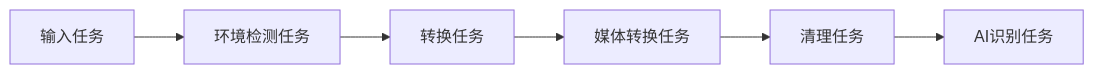
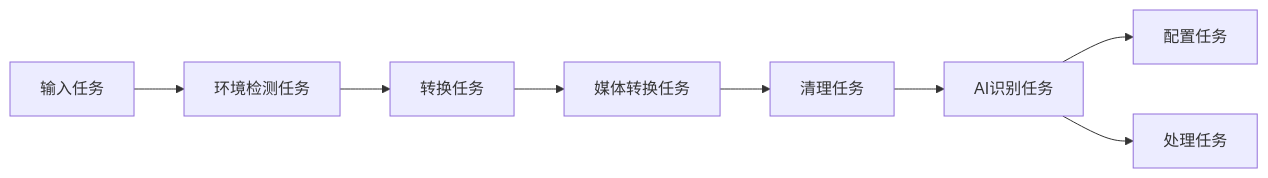
Before and after one commit to hllshiro/doc2md-cli: the third of 4 diagrams in .qoder/repowiki/zh/content/核心架构设计/任务系统架构.md, drawn with Mermaid. The commit also changed other lines of this file and 2 other files, not shown here.

First line of the commit message:
refactor(imageRecognition): 重构AI图像识别任务为模块化架构

````diff
--- a/.qoder/repowiki/zh/content/核心架构设计/任务系统架构.md
+++ b/.qoder/repowiki/zh/content/核心架构设计/任务系统架构.md
@@ -188,8 +214,10 @@
 ```mermaid
 graph LR
 A["输入任务"] --> B["环境检测任务"]
 B --> C["转换任务"]
 C --> D["媒体转换任务"]
 D --> E["清理任务"]
 E --> F["AI识别任务"]
+F --> F1["配置任务"]
+F --> F2["处理任务"]
 ```
````
